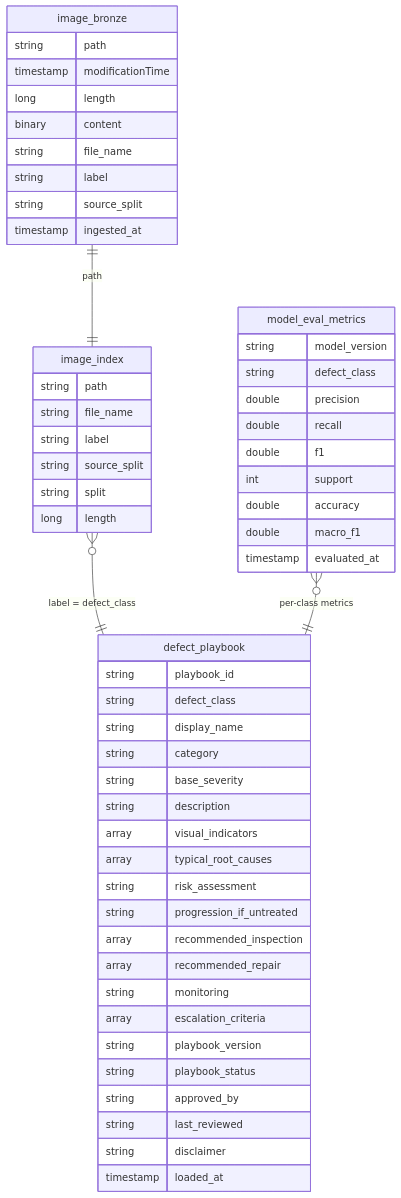
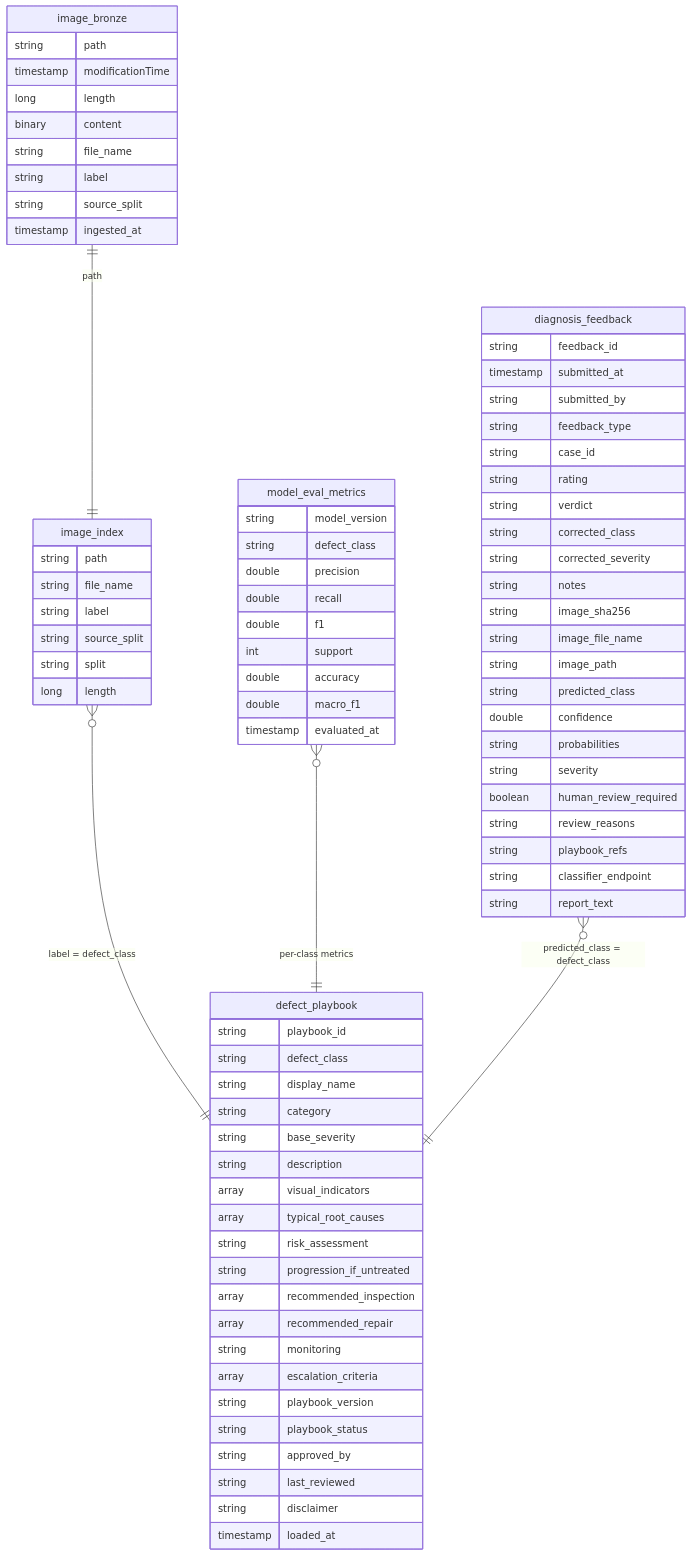
One commit to jose-alberto-salazar-jimenez/databricks_demos changed the fifth of 5 diagrams in e2e_industry_solutions/metal_surface_defect_diagnostics/ARCHITECTURE.md. Above: the diagram before and after it, drawn with Mermaid. The commit also changed other lines of this file and 19 other files, not shown here.

First line of the commit message:
msd: Phase 4 - Streamlit app with PDF report, feedback and expert review cases (1.4.0)

````diff
--- a/e2e_industry_solutions/metal_surface_defect_diagnostics/ARCHITECTURE.md
+++ b/e2e_industry_solutions/metal_surface_defect_diagnostics/ARCHITECTURE.md
@@ -223,57 +273,82 @@
 ```mermaid
 erDiagram
   image_bronze ||--|| image_index : "path"
   image_index }o--|| defect_playbook : "label = defect_class"
   model_eval_metrics }o--|| defect_playbook : "per-class metrics"
+  diagnosis_feedback }o--|| defect_playbook : "predicted_class = defect_class"
   image_bronze {
     string path
     timestamp modificationTime
     long length
     binary content
     string file_name
     string label
     string source_split
     timestamp ingested_at
   }
   image_index {
     string path
     string file_name
     string label
     string source_split
     string split
     long length
   }
   defect_playbook {
     string playbook_id
     string defect_class
     string display_name
     string category
     string base_severity
     string description
     array visual_indicators
     array typical_root_causes
     string risk_assessment
     string progression_if_untreated
     array recommended_inspection
     array recommended_repair
     string monitoring
     array escalation_criteria
     string playbook_version
     string playbook_status
     string approved_by
     string last_reviewed
     string disclaimer
     timestamp loaded_at
   }
   model_eval_metrics {
     string model_version
     string defect_class
     double precision
     double recall
     double f1
     int support
     double accuracy
     double macro_f1
     timestamp evaluated_at
   }
+  diagnosis_feedback {
+    string feedback_id
+    timestamp submitted_at
+    string submitted_by
+    string feedback_type
+    string case_id
+    string rating
+    string verdict
+    string corrected_class
+    string corrected_severity
+    string notes
+    string image_sha256
+    string image_file_name
+    string image_path
+    string predicted_class
+    double confidence
+    string probabilities
+    string severity
+    boolean human_review_required
+    string review_reasons
+    string playbook_refs
+    string classifier_endpoint
+    string report_text
+  }
 ```
````
